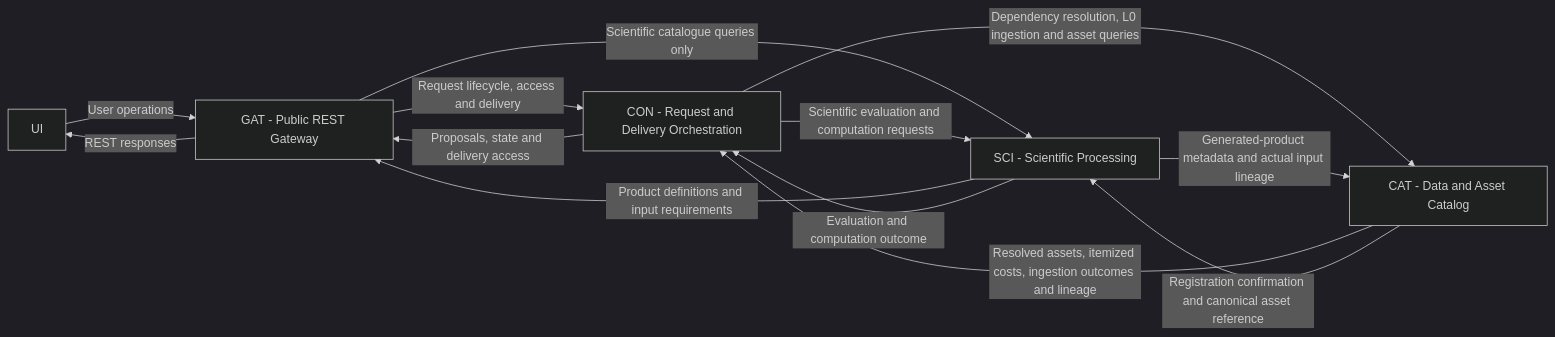
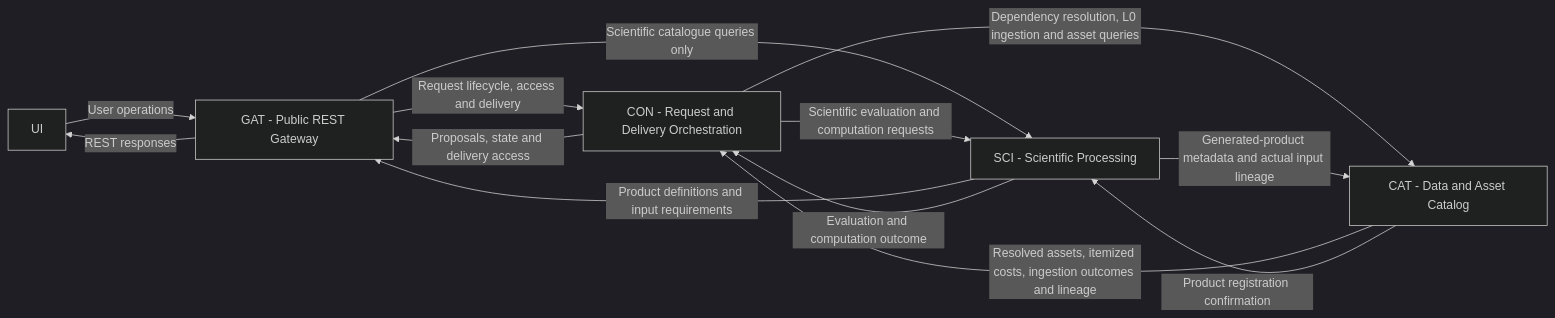
One commit to arnaudsomville/MEOGAP changed the diagram in documentation/architecture/system-interactions/component-interaction-design.md. Above: the diagram before and after it, drawn with Mermaid (dark theme). The commit also changed other lines of this file, not shown here.

Commit message:
docs: clarify CAT authority for canonical result references

````diff
--- a/documentation/architecture/system-interactions/component-interaction-design.md
+++ b/documentation/architecture/system-interactions/component-interaction-design.md
@@ -176,26 +176,26 @@
 ```mermaid
 flowchart LR
     UI[UI]
     GAT[GAT - Public REST Gateway]
     CON[CON - Request and Delivery Orchestration]
     SCI[SCI - Scientific Processing]
     CAT[CAT - Data and Asset Catalog]
 
     UI -->|User operations| GAT
     GAT -->|REST responses| UI
 
     GAT -->|Request lifecycle, access and delivery| CON
     CON -->|Proposals, state and delivery access| GAT
 
     GAT -->|Scientific catalogue queries only| SCI
     SCI -->|Product definitions and input requirements| GAT
 
     CON -->|Scientific evaluation and computation requests| SCI
     SCI -->|Evaluation and computation outcome| CON
 
     CON -->|Dependency resolution, L0 ingestion and asset queries| CAT
     CAT -->|Resolved assets, itemized costs, ingestion outcomes and lineage| CON
 
     SCI -->|Generated-product metadata and actual input lineage| CAT
-    CAT -->|Registration confirmation and canonical asset reference| SCI
+    CAT -->|Product registration confirmation| SCI
 ```
````
